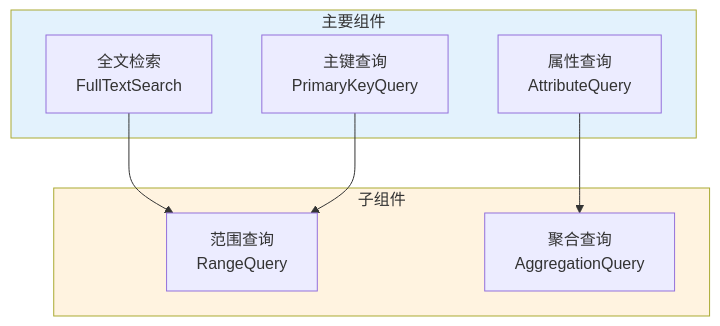
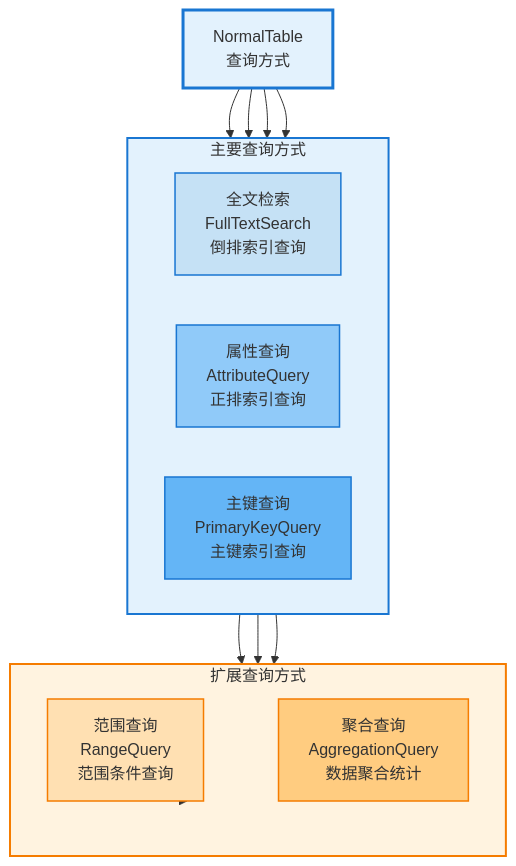
The seventh of 28 diagrams in _posts/2025-07-14-indexlib-8-index-types.md (zhouzhilong-commits/zhouzhilong-commits.github.io), drawn with Mermaid before and after one commit. The commit also changed other lines of this file and 6 other files, not shown here.

````diff
--- a/_posts/2025-07-14-indexlib-8-index-types.md
+++ b/_posts/2025-07-14-indexlib-8-index-types.md
@@ -363,20 +397,37 @@
 ```mermaid
 flowchart TD
-    subgraph Main["主要组件"]
-        A["全文检索<br/>FullTextSearch"]
-        B["属性查询<br/>AttributeQuery"]
-        C["主键查询<br/>PrimaryKeyQuery"]
+    NormalTable[NormalTable<br/>查询方式] --> Main
+    
+    subgraph Main["主要查询方式"]
+        direction LR
+        A[全文检索<br/>FullTextSearch<br/>倒排索引查询]
+        B[属性查询<br/>AttributeQuery<br/>正排索引查询]
+        C[主键查询<br/>PrimaryKeyQuery<br/>主键索引查询]
     end
     
-    subgraph Sub["子组件"]
-        D["范围查询<br/>RangeQuery"]
-        E["聚合查询<br/>AggregationQuery"]
+    NormalTable --> A
+    NormalTable --> B
+    NormalTable --> C
+    
+    A --> Sub1
+    B --> Sub2
+    C --> Sub1
+    
+    subgraph Sub["扩展查询方式"]
+        direction LR
+        Sub1[范围查询<br/>RangeQuery<br/>范围条件查询]
+        Sub2[聚合查询<br/>AggregationQuery<br/>数据聚合统计]
     end
     
-    A --> D
-    B --> E
-    C --> D
+    Sub --> Sub1
+    Sub --> Sub2
     
-    style Main fill:#e3f2fd
-    style Sub fill:#fff3e0
+    style NormalTable fill:#e3f2fd,stroke:#1976d2,stroke-width:3px
+    style Main fill:#e3f2fd,stroke:#1976d2,stroke-width:2px
+    style A fill:#c5e1f5,stroke:#1976d2,stroke-width:1.5px
+    style B fill:#90caf9,stroke:#1976d2,stroke-width:1.5px
+    style C fill:#64b5f6,stroke:#1976d2,stroke-width:1.5px
+    style Sub fill:#fff3e0,stroke:#f57c00,stroke-width:2px
+    style Sub1 fill:#ffe0b2,stroke:#f57c00,stroke-width:1.5px
+    style Sub2 fill:#ffcc80,stroke:#f57c00,stroke-width:1.5px
 ```
````
